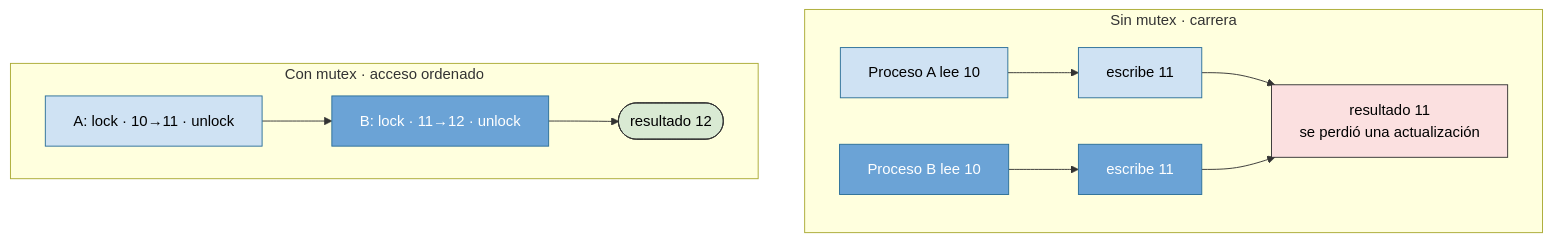
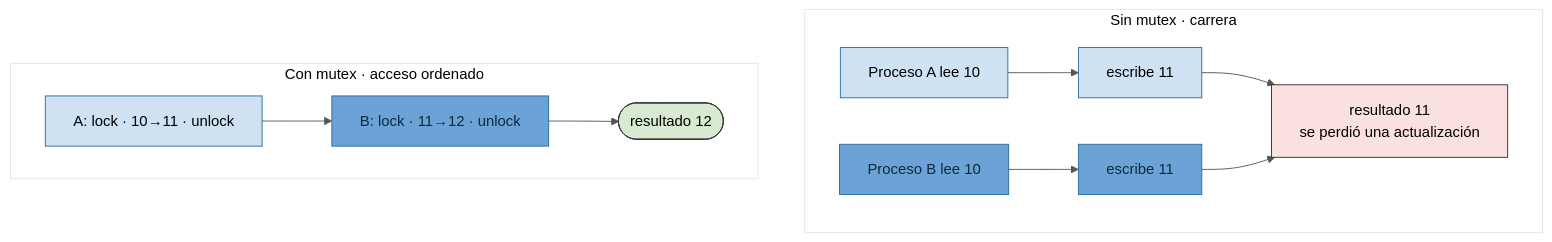
One commit to asiermarzo/ssoo changed the second of 2 diagrams in TEORIA/10-memoria-compartida-y-mutex/README.md. Above: the diagram before and after it, drawn with Mermaid. The commit also changed other lines of this file and 89 other files, not shown here.

Commit message:
quitar ejercicios extra y ocultar temas teoría/práctica hasta que estén revisados. Ajustes color fondos mermaid

````diff
--- a/TEORIA/10-memoria-compartida-y-mutex/README.md
+++ b/TEORIA/10-memoria-compartida-y-mutex/README.md
@@ -47,21 +48,22 @@
 ```mermaid
+%%{init: {'theme': 'base', 'themeVariables': {'background': '#ffffff', 'primaryColor': '#eef2f7', 'primaryTextColor': '#1a1a1a', 'primaryBorderColor': '#555555', 'lineColor': '#555555', 'secondaryColor': '#f4f4f4', 'tertiaryColor': '#ffffff'}}}%%
 flowchart TB
     subgraph MAL["Sin mutex · carrera"]
         A1[Proceso A lee 10] --> A2[escribe 11]
         B1[Proceso B lee 10] --> B2[escribe 11]
         A2 --> R1["resultado 11<br/>se perdió una actualización"]
         B2 --> R1
     end
     subgraph BIEN["Con mutex · acceso ordenado"]
         C1["A: lock · 10→11 · unlock"] --> C2["B: lock · 11→12 · unlock"] --> R2(["resultado 12"])
     end
 
     classDef procA fill:#cfe2f3,stroke:#2b6f99,color:#000;
-    classDef procB fill:#6ba3d6,stroke:#2b6f99,color:#fff;
+    classDef procB fill:#6ba3d6,stroke:#2b6f99,color:#0d2a3f;
     classDef error fill:#fbe0e0,stroke:#333,color:#000;
     classDef ok fill:#d9ead3,stroke:#333,color:#000;
     class A1,A2,C1 procA;
     class B1,B2,C2 procB;
     class R1 error;
     class R2 ok;
 ```
````
